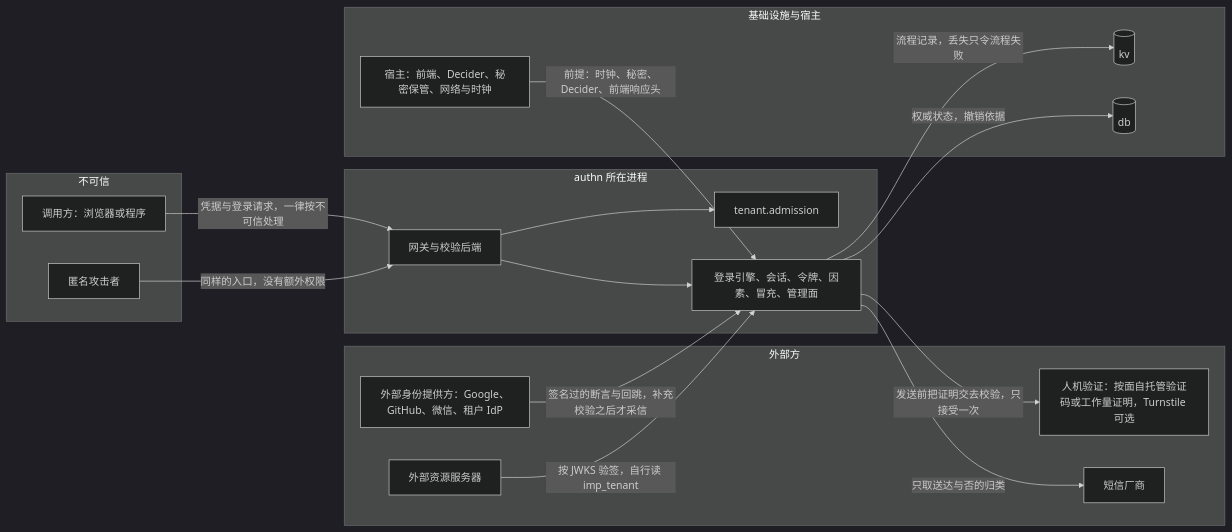
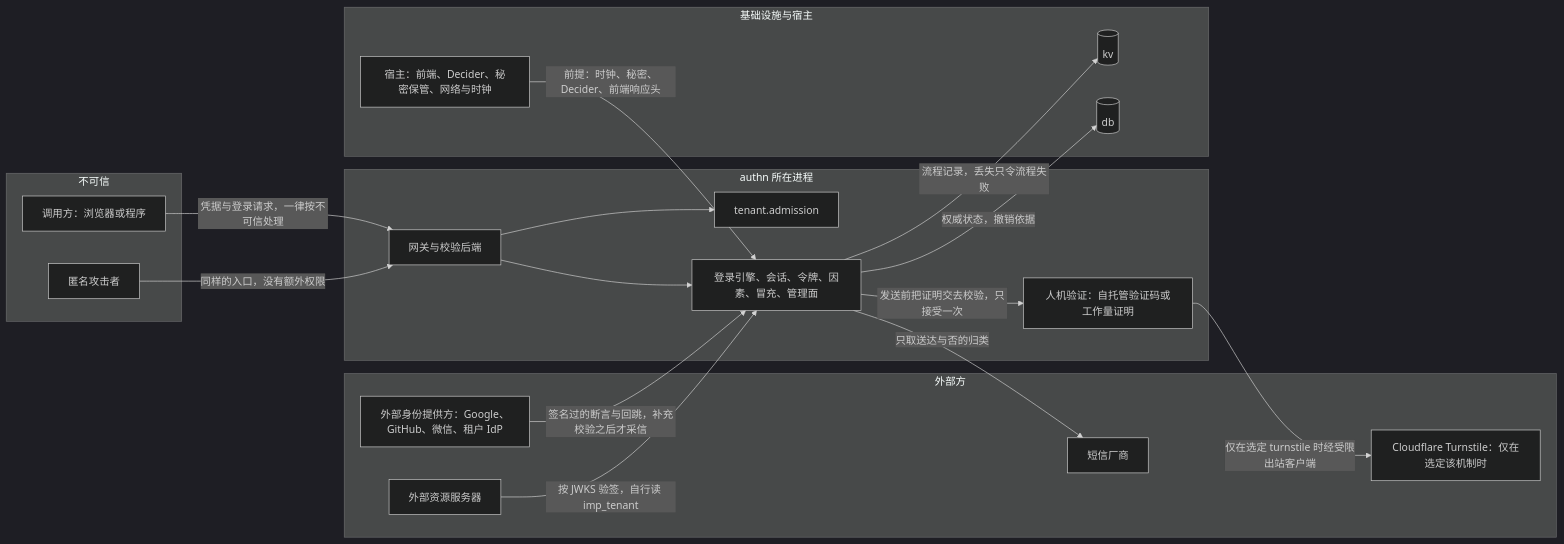
One commit to wangzw/speed changed the first of 2 diagrams in docs/design/modules/authn/design-authn-threats.md. Above: the diagram before and after it, drawn with Mermaid (dark theme). The commit also changed other lines of this file and 15 other files, not shown here.

````diff
--- a/docs/design/modules/authn/design-authn-threats.md
+++ b/docs/design/modules/authn/design-authn-threats.md
@@ -257,34 +257,36 @@
 ```mermaid
 flowchart LR
     subgraph untrusted["不可信"]
         caller["调用方：浏览器或程序"]
         attacker["匿名攻击者"]
     end
     subgraph external["外部方"]
         idp["外部身份提供方：Google、GitHub、微信、租户 IdP"]
         smsvendor["短信厂商"]
-        hv["人机验证：按面自托管验证码或工作量证明，Turnstile 可选"]
+        turnstile["Cloudflare Turnstile：仅在选定该机制时"]
         rs["外部资源服务器"]
     end
     subgraph process["authn 所在进程"]
         gate["网关与校验后端"]
         engine["登录引擎、会话、令牌、因素、冒充、管理面"]
+        hv["人机验证：自托管验证码或工作量证明"]
         adm["tenant.admission"]
     end
     subgraph infra["基础设施与宿主"]
         db[("db")]
         kv[("kv")]
         host["宿主：前端、Decider、秘密保管、网络与时钟"]
     end
     caller -->|"凭据与登录请求，一律按不可信处理"| gate
     attacker -->|"同样的入口，没有额外权限"| gate
     gate --> engine
     gate --> adm
     idp -->|"签名过的断言与回跳，补充校验之后才采信"| engine
     engine -->|"只取送达与否的归类"| smsvendor
     engine -->|"发送前把证明交去校验，只接受一次"| hv
+    hv -->|"仅在选定 turnstile 时经受限出站客户端"| turnstile
     rs -->|"按 JWKS 验签，自行读 imp_tenant"| engine
     engine -->|"权威状态，撤销依据"| db
     engine -->|"流程记录，丢失只令流程失败"| kv
     host -->|"前提：时钟、秘密、Decider、前端响应头"| engine
 ```
````
